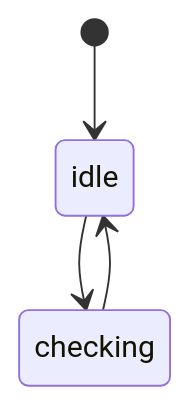
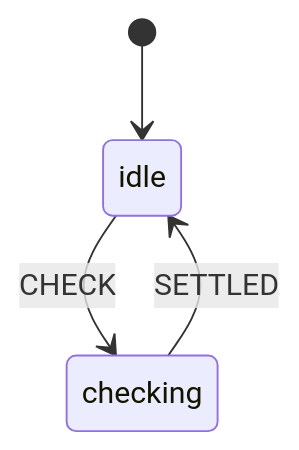
One commit to kody-hq/kody changed diagram 51 of 52 in docs/contributing/state-machines.md. Above: the diagram before and after it, drawn with Mermaid. The commit also changed other lines of this file and 6 other files, not shown here.

````diff
--- a/docs/contributing/state-machines.md
+++ b/docs/contributing/state-machines.md
@@ -1842,6 +1838,6 @@
 ```mermaid
 stateDiagram-v2
     [*] --> idle
-    idle --> checking
-    checking --> idle
+    idle --> checking: CHECK
+    checking --> idle: SETTLED
 ```
````
